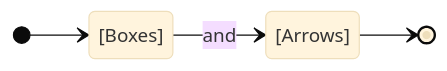
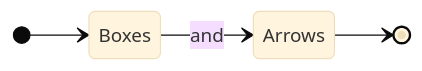
The first of 2 diagrams in cookbook/SDLC/Boxes and Arrows/boxes_and_arrows_fun.md (carteras/IT-CBR), drawn with Mermaid (base theme) before and after one commit. The commit also changed other lines of this file, not shown here.

````diff
--- a/cookbook/SDLC/Boxes and Arrows/boxes_and_arrows_fun.md
+++ b/cookbook/SDLC/Boxes and Arrows/boxes_and_arrows_fun.md
@@ -5,7 +5,7 @@
 ```mermaid
   stateDiagram
     direction LR
-    [*] --> [Boxes]
-    [Boxes] --> [Arrows]: and
-    [Arrows] --> [*]
+    [*] --> Boxes
+    Boxes --> Arrows: and
+    Arrows --> [*]
 ```
````
